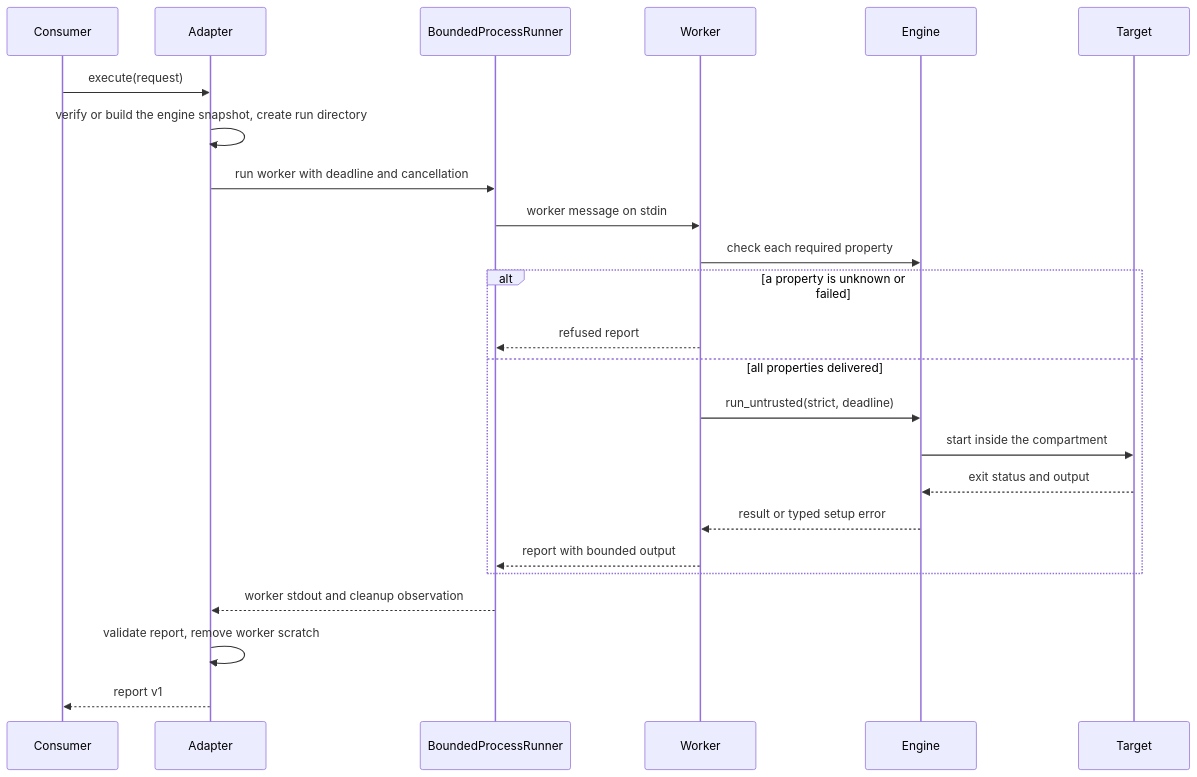
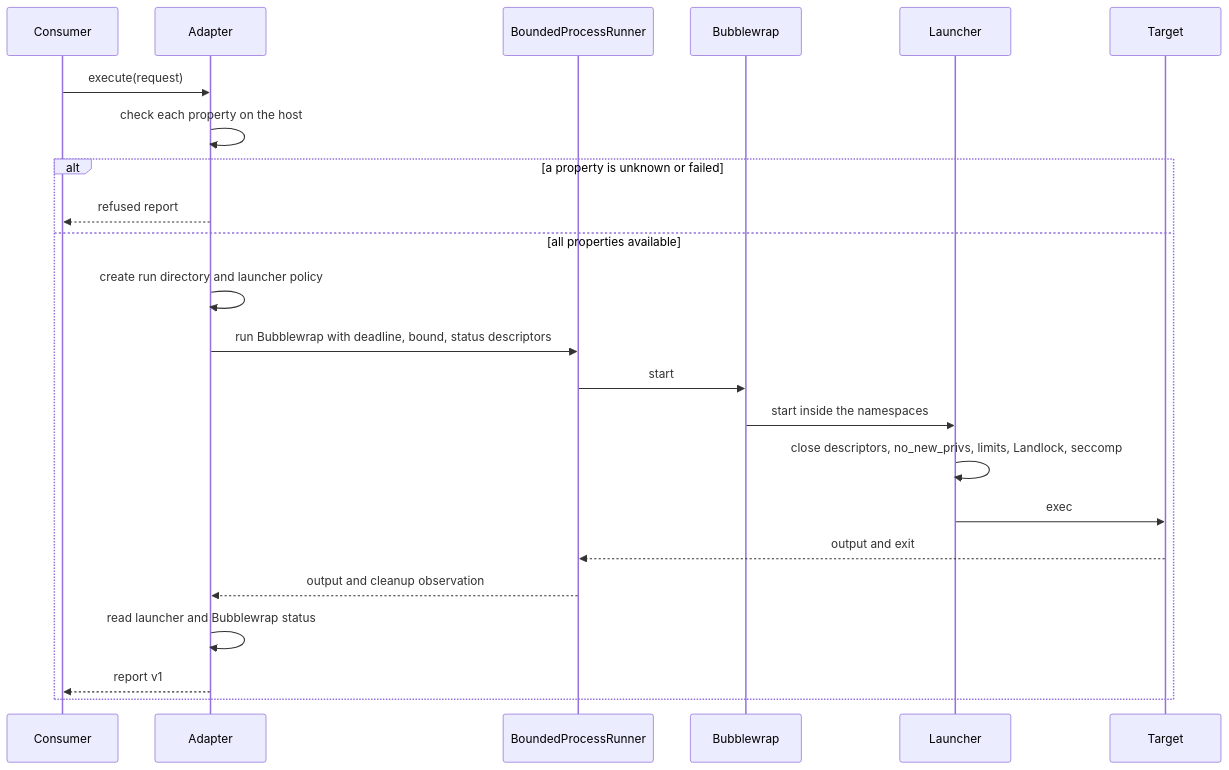
One commit to OpenRAE/lilrae changed the second of 2 diagrams in docs/architecture/containment-wrapper.md. Above: the diagram before and after it, drawn with Mermaid. The commit also changed other lines of this file and 38 other files, not shown here.

Commit message:
feat: replace the RAPTOR engine fork with an in-house Bubblewrap containment engine

````diff
--- a/docs/architecture/containment-wrapper.md
+++ b/docs/architecture/containment-wrapper.md
@@ -61,26 +60,25 @@
 ```mermaid
 sequenceDiagram
     participant C as Consumer
     participant A as Adapter
     participant R as BoundedProcessRunner
-    participant W as Worker
-    participant X as Engine
+    participant B as Bubblewrap
+    participant L as Launcher
     participant T as Target
     C->>A: execute(request)
-    A->>A: verify or build the engine snapshot, create run directory
-    A->>R: run worker with deadline and cancellation
-    R->>W: worker message on stdin
-    W->>X: check each required property
+    A->>A: check each property on the host
     alt a property is unknown or failed
-        W-->>R: refused report
-    else all properties delivered
-        W->>X: run_untrusted(strict, deadline)
-        X->>T: start inside the compartment
-        T-->>X: exit status and output
-        X-->>W: result or typed setup error
-        W-->>R: report with bounded output
+        A-->>C: refused report
+    else all properties available
+        A->>A: create run directory and launcher policy
+        A->>R: run Bubblewrap with deadline, bound, status descriptors
+        R->>B: start
+        B->>L: start inside the namespaces
+        L->>L: close descriptors, no_new_privs, limits, Landlock, seccomp
+        L->>T: exec
+        T-->>R: output and exit
+        R-->>A: output and cleanup observation
+        A->>A: read launcher and Bubblewrap status
+        A-->>C: report v1
     end
-    R-->>A: worker stdout and cleanup observation
-    A->>A: validate report, remove worker scratch
-    A-->>C: report v1
 ```
````
